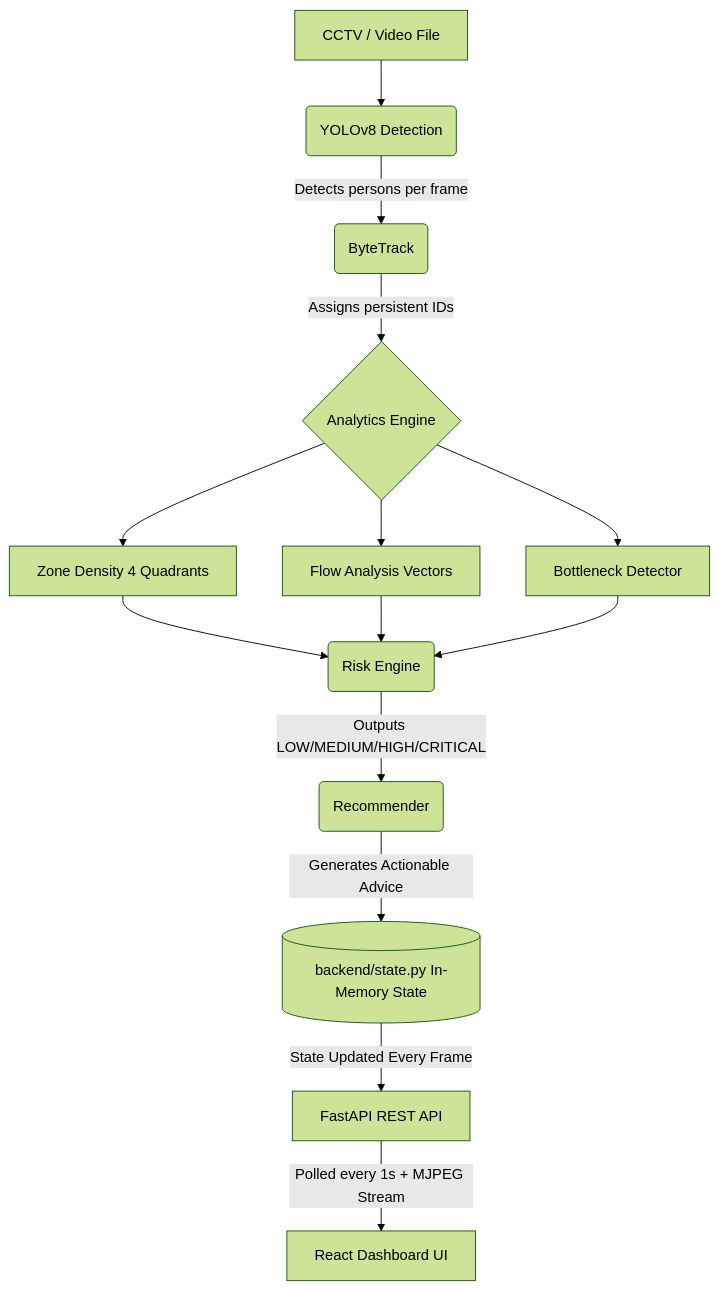
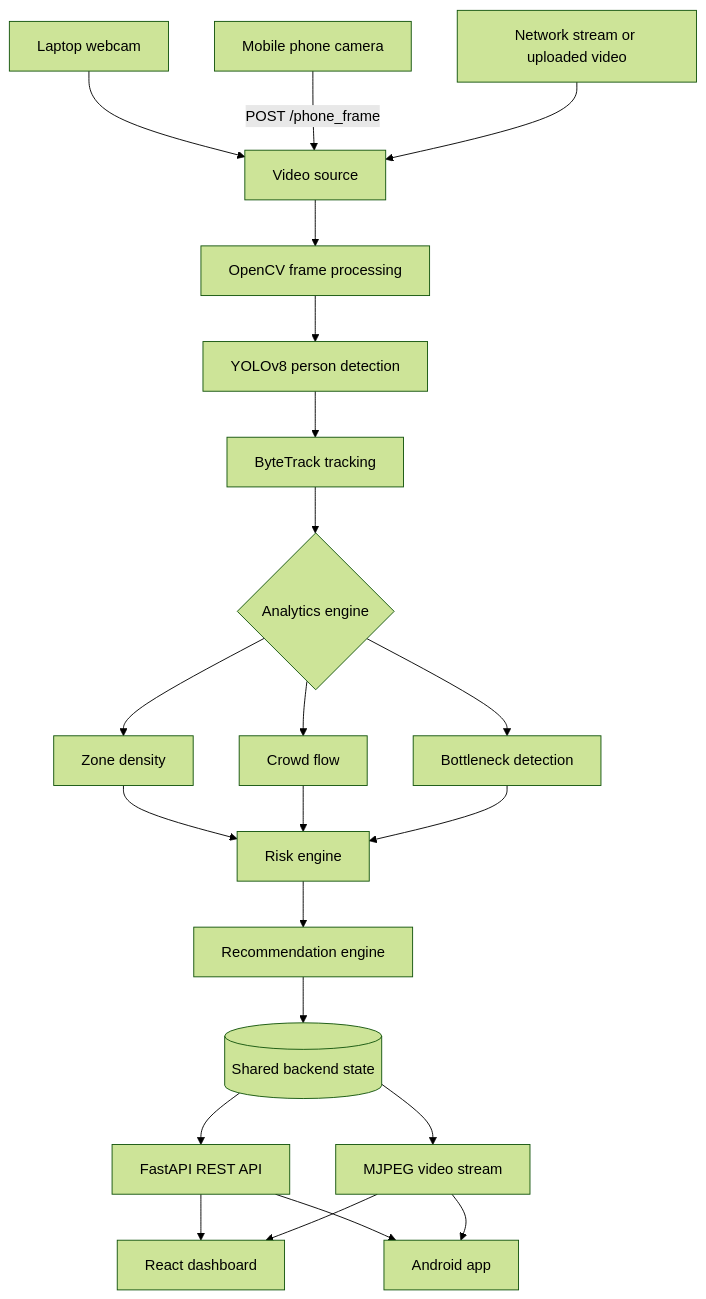
One commit to DebasishAchary/CrowdShield_AI changed the diagram in README.md. Above: the diagram before and after it, drawn with Mermaid (forest theme). The commit also changed other lines of this file, not shown here.

Commit message:
docs: update README for phone camera and Android support

````diff
--- a/README.md
+++ b/README.md
@@ -38,20 +34,24 @@
 ```mermaid
 graph TD
-    A[CCTV / Video File] --> B(YOLOv8 Detection)
-    B --> |Detects persons per frame| C(ByteTrack)
-    C --> |Assigns persistent IDs| D{Analytics Engine}
-    
-    D --> E[Zone Density 4 Quadrants]
-    D --> F[Flow Analysis Vectors]
-    D --> G[Bottleneck Detector]
-    
-    E --> H(Risk Engine)
-    F --> H
-    G --> H
-    
-    H --> |Outputs LOW/MEDIUM/HIGH/CRITICAL| I(Recommender)
-    I --> |Generates Actionable Advice| J[(backend/state.py In-Memory State)]
-    
-    J --> |State Updated Every Frame| K[FastAPI REST API]
-    K --> |Polled every 1s + MJPEG Stream| L[React Dashboard UI]
+    A[Laptop webcam] --> D[Video source]
+    B[Mobile phone camera] -->|POST /phone_frame| D
+    C[Network stream or uploaded video] --> D
+    D --> E[OpenCV frame processing]
+    E --> F[YOLOv8 person detection]
+    F --> G[ByteTrack tracking]
+    G --> H{Analytics engine}
+    H --> I[Zone density]
+    H --> J[Crowd flow]
+    H --> K[Bottleneck detection]
+    I --> L[Risk engine]
+    J --> L
+    K --> L
+    L --> M[Recommendation engine]
+    M --> N[(Shared backend state)]
+    N --> O[FastAPI REST API]
+    N --> P[MJPEG video stream]
+    O --> Q[React dashboard]
+    O --> R[Android app]
+    P --> Q
+    P --> R
 ```
````
